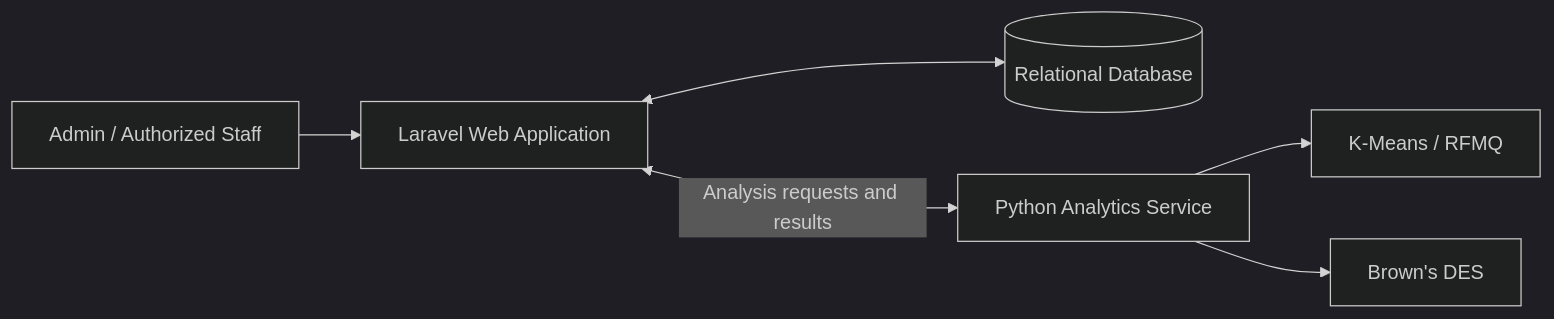
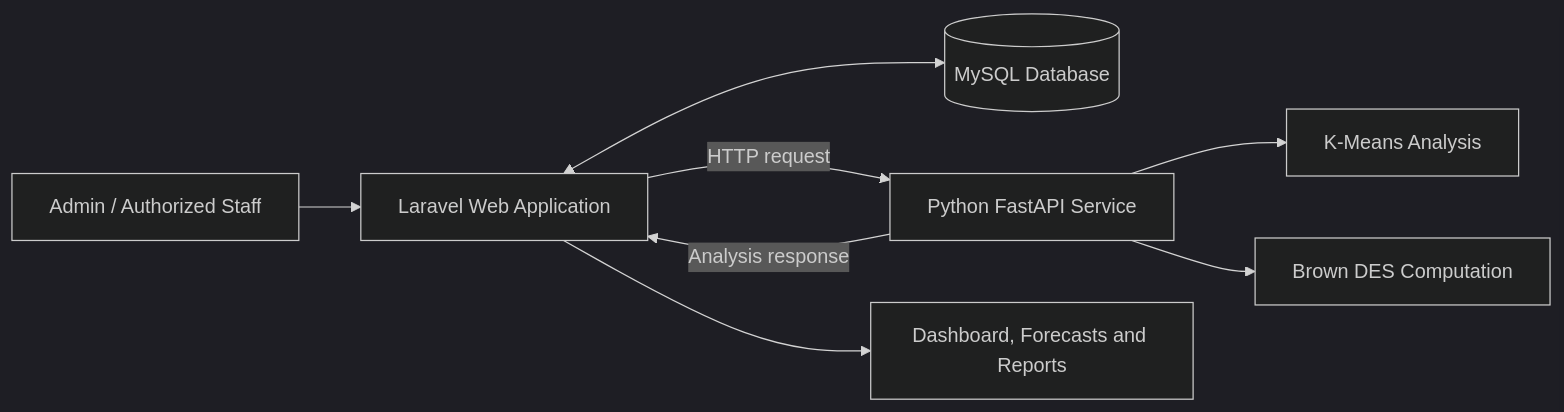
The diagram in README.md (fedopradipa/sr12-sales-analytics), drawn with Mermaid (dark theme) before and after one commit. The commit also changed other lines of this file and 9 other files, not shown here.

````diff
--- a/README.md
+++ b/README.md
@@ -74,8 +150,10 @@
 ```mermaid
 flowchart LR
-    U[Admin / Authorized Staff] --> L[Laravel Web Application]
-    L <--> DB[(Relational Database)]
-    L <-->|Analysis requests and results| P[Python Analytics Service]
-    P --> K[K-Means / RFMQ]
-    P --> D[Brown's DES]
+    A[Admin / Authorized Staff] --> B[Laravel Web Application]
+    B <--> C[(MySQL Database)]
+    B -->|HTTP request| D[Python FastAPI Service]
+    D --> E[K-Means Analysis]
+    D --> F[Brown DES Computation]
+    D -->|Analysis response| B
+    B --> G[Dashboard, Forecasts and Reports]
 ```
````
